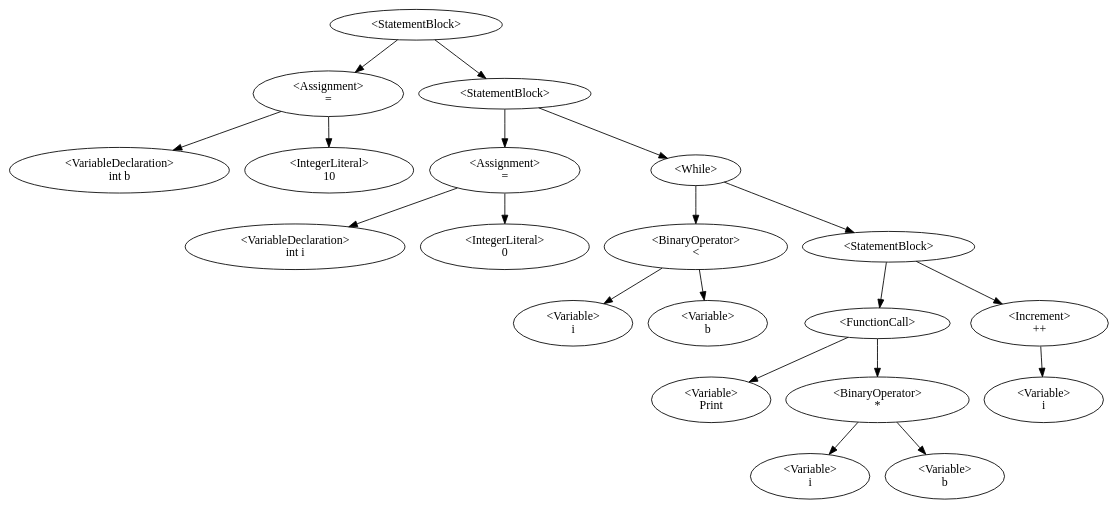
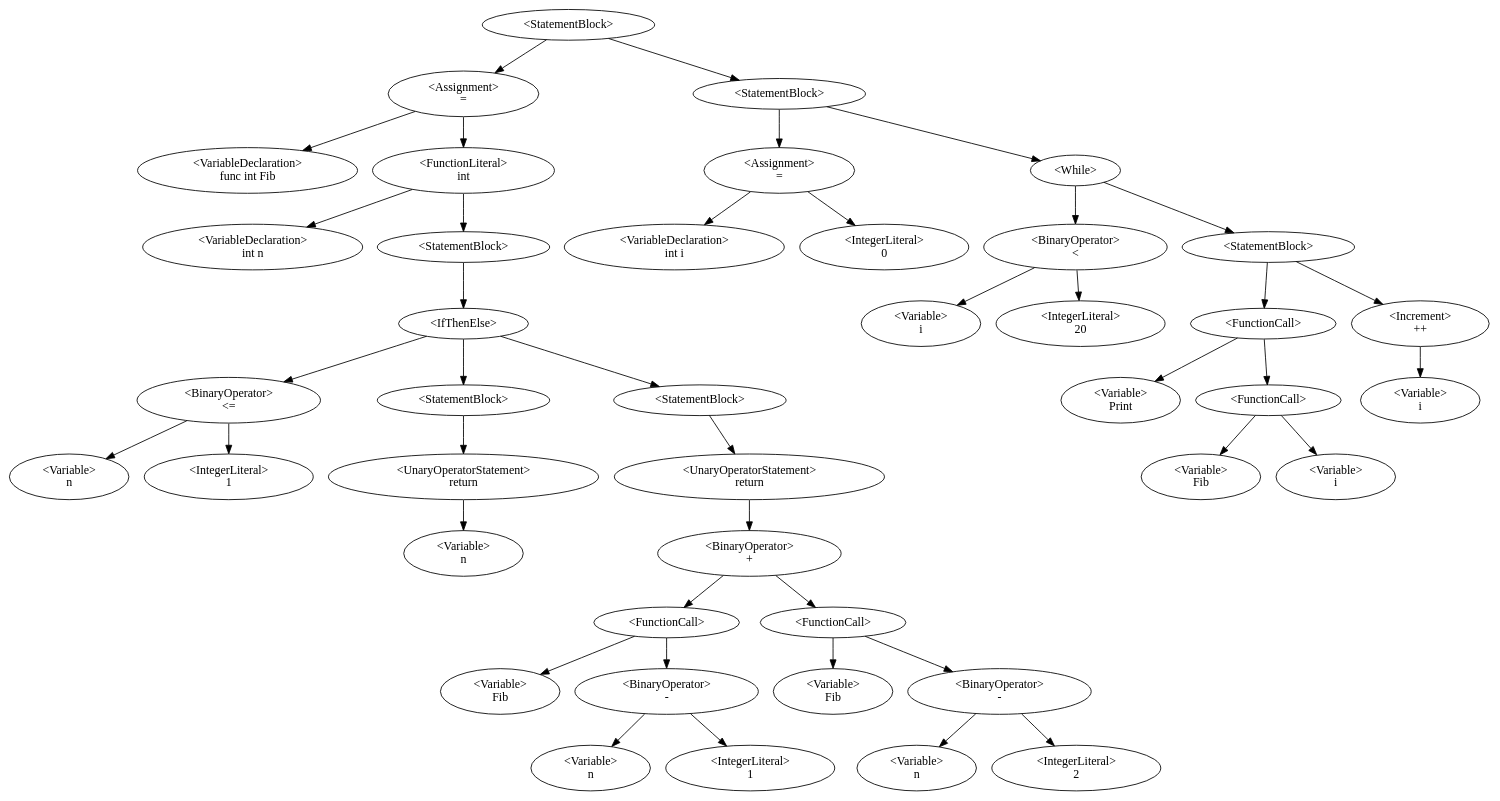
The diagram in Dino/Dino/AstDisplay.gv (QazmoQwerty/dino), drawn with Graphviz before and after one commit. The commit also changed 3 other files, not shown here.

```diff
--- a/Dino/Dino/AstDisplay.gv
+++ b/Dino/Dino/AstDisplay.gv
@@ -1,22 +1,45 @@
 digraph G {
-0 [label="<StatementBlock>"];0->2;0->4;
-2 [label="<Assignment>\n="];2->1;2->3;
-1 [label="<VariableDeclaration>\nint b"];
-3 [label="<IntegerLiteral>\n10"];
-4 [label="<StatementBlock>"];4->6;4->8;
-6 [label="<Assignment>\n="];6->5;6->7;
-5 [label="<VariableDeclaration>\nint i"];
-7 [label="<IntegerLiteral>\n0"];
-8 [label="<While>"];8->10;8->15;
-10 [label="<BinaryOperator>\n<"];10->9;10->11;
-9 [label="<Variable>\ni"];
-11 [label="<Variable>\nb"];
-15 [label="<StatementBlock>"];15->17;15->12;
-17 [label="<FunctionCall>\n"];17->16;17->19;
-16 [label="<Variable>\nPrint"];
-19 [label="<BinaryOperator>\n*"];19->18;19->20;
-18 [label="<Variable>\ni"];
-20 [label="<Variable>\nb"];
-12 [label="<Increment>\n++"];12->13;
-13 [label="<Variable>\ni"];
+0 [label="<StatementBlock>"];0->2;0->26;
+2 [label="<Assignment>\n="];2->1;2->4;
+1 [label="<VariableDeclaration>\nfunc int Fib"];
+4 [label="<FunctionLiteral>
+int"];4->3;4->5;
+3 [label="<VariableDeclaration>\nint n"];
+5 [label="<StatementBlock>"];5->6;
+6 [label="<IfThenElse>"];6->8;6->10;6->13;
+8 [label="<BinaryOperator>\n<="];8->7;8->9;
+7 [label="<Variable>\nn"];
+9 [label="<IntegerLiteral>\n1"];
+10 [label="<StatementBlock>"];10->11;
+11 [label="<UnaryOperatorStatement>\nreturn"];11->12;
+12 [label="<Variable>\nn"];
+13 [label="<StatementBlock>"];13->14;
+14 [label="<UnaryOperatorStatement>\nreturn"];14->20;
+20 [label="<BinaryOperator>\n+"];20->16;20->22;
+16 [label="<FunctionCall>\n"];16->15;16->18;
+15 [label="<Variable>\nFib"];
+18 [label="<BinaryOperator>\n-"];18->17;18->19;
+17 [label="<Variable>\nn"];
+19 [label="<IntegerLiteral>\n1"];
+22 [label="<FunctionCall>\n"];22->21;22->24;
+21 [label="<Variable>\nFib"];
+24 [label="<BinaryOperator>\n-"];24->23;24->25;
+23 [label="<Variable>\nn"];
+25 [label="<IntegerLiteral>\n2"];
+26 [label="<StatementBlock>"];26->28;26->30;
+28 [label="<Assignment>\n="];28->27;28->29;
+27 [label="<VariableDeclaration>\nint i"];
+29 [label="<IntegerLiteral>\n0"];
+30 [label="<While>"];30->32;30->37;
+32 [label="<BinaryOperator>\n<"];32->31;32->33;
+31 [label="<Variable>\ni"];
+33 [label="<IntegerLiteral>\n20"];
+37 [label="<StatementBlock>"];37->39;37->34;
+39 [label="<FunctionCall>\n"];39->38;39->41;
+38 [label="<Variable>\nPrint"];
+41 [label="<FunctionCall>\n"];41->40;41->42;
+40 [label="<Variable>\nFib"];
+42 [label="<Variable>\ni"];
+34 [label="<Increment>\n++"];34->35;
+35 [label="<Variable>\ni"];
 }
```
